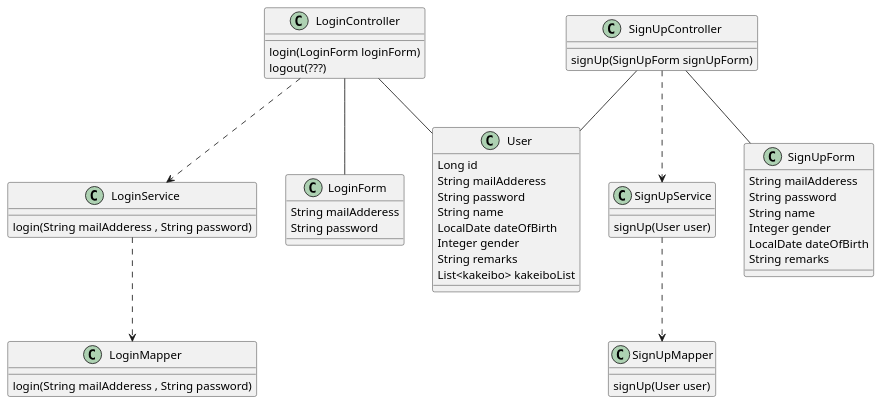
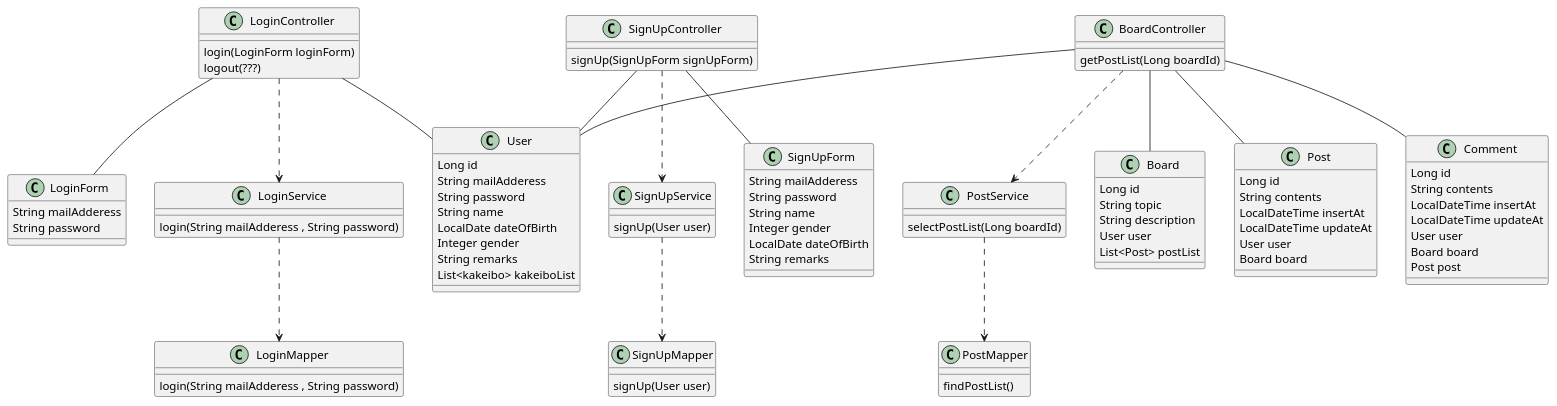
The diagram in documents/uml/クラス図/class.pu (shinnamie/sns-kakeibo), drawn with PlantUML before and after one commit. The commit also changed 1 other file, not shown here.

Commit message:
UML図の更新

```diff
--- a/documents/uml/クラス図/class.pu
+++ b/documents/uml/クラス図/class.pu
@@ -1,60 +1,106 @@
 @startuml
 top to bottom direction
 class LoginController {
     login(LoginForm loginForm)
     logout(???)
 }
 class LoginService{
     
     login(String mailAdderess , String password)
     
 }
 class LoginMapper{
     
     login(String mailAdderess , String password)
     
 }
 class SignUpController{
     signUp(SignUpForm signUpForm)
     
 }
 class SignUpService{
     signUp(User user)
 }
 class SignUpMapper{
     signUp(User user)
 }
 class SignUpForm{
     String mailAdderess
     String password
     String name
     Integer gender
     LocalDate dateOfBirth
     String remarks
 }
 
 class User{
     Long id
     String mailAdderess
     String password
     String name
     LocalDate dateOfBirth
     Integer gender
     String remarks
     List<kakeibo> kakeiboList
 }
 class LoginForm{
     String mailAdderess
     String password
 }
 
+class Board{
+    Long id
+    String topic
+    String description
+    User user
+    List<Post> postList
+}
+
+class Post{
+    Long id
+    String contents
+    LocalDateTime insertAt
+    LocalDateTime updateAt
+    User user
+    Board board
+}
+
+class Comment{
+    Long id
+    String contents
+    LocalDateTime insertAt
+    LocalDateTime updateAt
+    User user
+    Board board
+    Post post
+
+
+}
+
+class BoardController{
+    getPostList(Long boardId)
+}
+
+class PostService{
+    selectPostList(Long boardId)
+}
+
+class PostMapper{
+    findPostList()
+}
 
 LoginController  ..>  LoginService 
 LoginService  ..>  LoginMapper 
 LoginController -- LoginForm
 LoginController -- User
 SignUpController  ..>  SignUpService 
 SignUpService  ..>  SignUpMapper 
 SignUpController -- SignUpForm
 SignUpController -- User
+BoardController ..> PostService
+PostService ..> PostMapper
+BoardController -- User
+BoardController -- Board
+BoardController -- Post
+BoardController -- Comment
 @enduml
```
